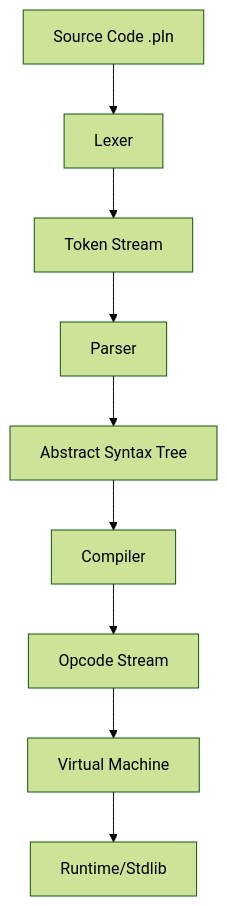
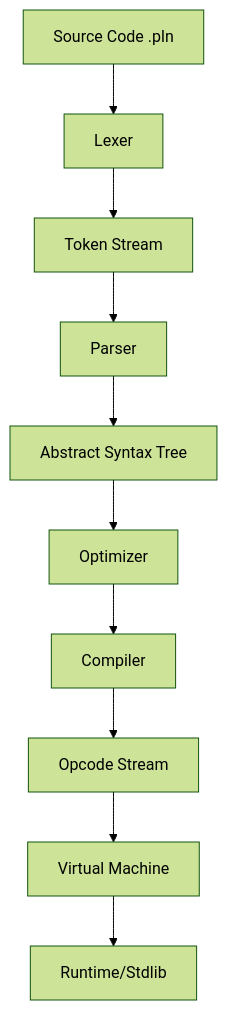
One commit to otabekoff/pleno changed the diagram in ARCHITECTURE.md. Above: the diagram before and after it, drawn with Mermaid (forest theme). The commit also changed other lines of this file, not shown here.

First line of the commit message:
docs(architecture): register VM, the optimizer stage and the real crate names

````diff
--- a/ARCHITECTURE.md
+++ b/ARCHITECTURE.md
@@ -9,11 +9,12 @@
 ```mermaid
 graph TD
     Source[Source Code .pln] --> Lexer
     Lexer --> Tokens[Token Stream]
     Tokens --> Parser
     Parser --> AST[Abstract Syntax Tree]
-    AST --> Compiler
+    AST --> Optimizer
+    Optimizer --> Compiler
     Compiler --> Bytecode[Opcode Stream]
     Bytecode --> VM[Virtual Machine]
     VM --> Native[Runtime/Stdlib]
 ```
````
